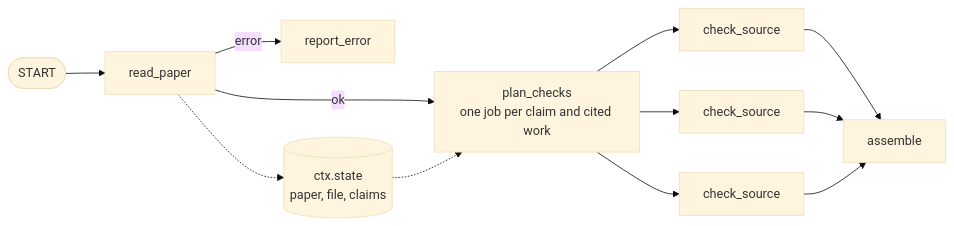
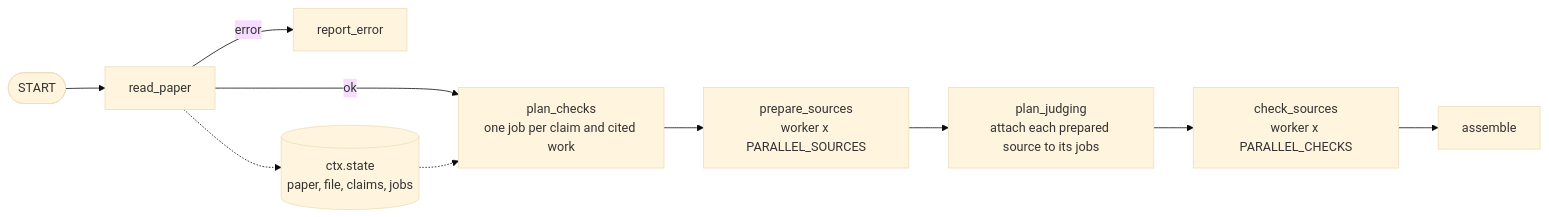
Before and after one commit to ZenithGeeks/SecretSource-prototype: the fourth of 4 diagrams in ARCHITECTURE.md, drawn with Mermaid (base theme). The commit also changed other lines of this file and 7 other files, not shown here.

First line of the commit message:
docs(SCRUM-169): plain README and architecture notes, DSPy explained, screenshots and logo

````diff
--- a/ARCHITECTURE.md
+++ b/ARCHITECTURE.md
@@ -134,16 +219,14 @@
 ```mermaid
 flowchart LR
     S(["START"]) --> RP["read_paper"]
     RP -->|ok| PC["plan_checks<br/>one job per claim and cited work"]
     RP -->|error| RE["report_error"]
 
-    PC --> W1["check_source"]
-    PC --> W2["check_source"]
-    PC --> W3["check_source"]
-    W1 --> AS["assemble"]
-    W2 --> AS
-    W3 --> AS
+    PC --> PS["prepare_sources<br/>worker x PARALLEL_SOURCES"]
+    PS --> PJ["plan_judging<br/>attach each prepared source to its jobs"]
+    PJ --> CS["check_sources<br/>worker x PARALLEL_CHECKS"]
+    CS --> AS["assemble"]
 
-    ST[("ctx.state<br/>paper, file, claims")] -.-> PC
+    ST[("ctx.state<br/>paper, file, claims, jobs")] -.-> PC
     RP -.-> ST
 ```
````
